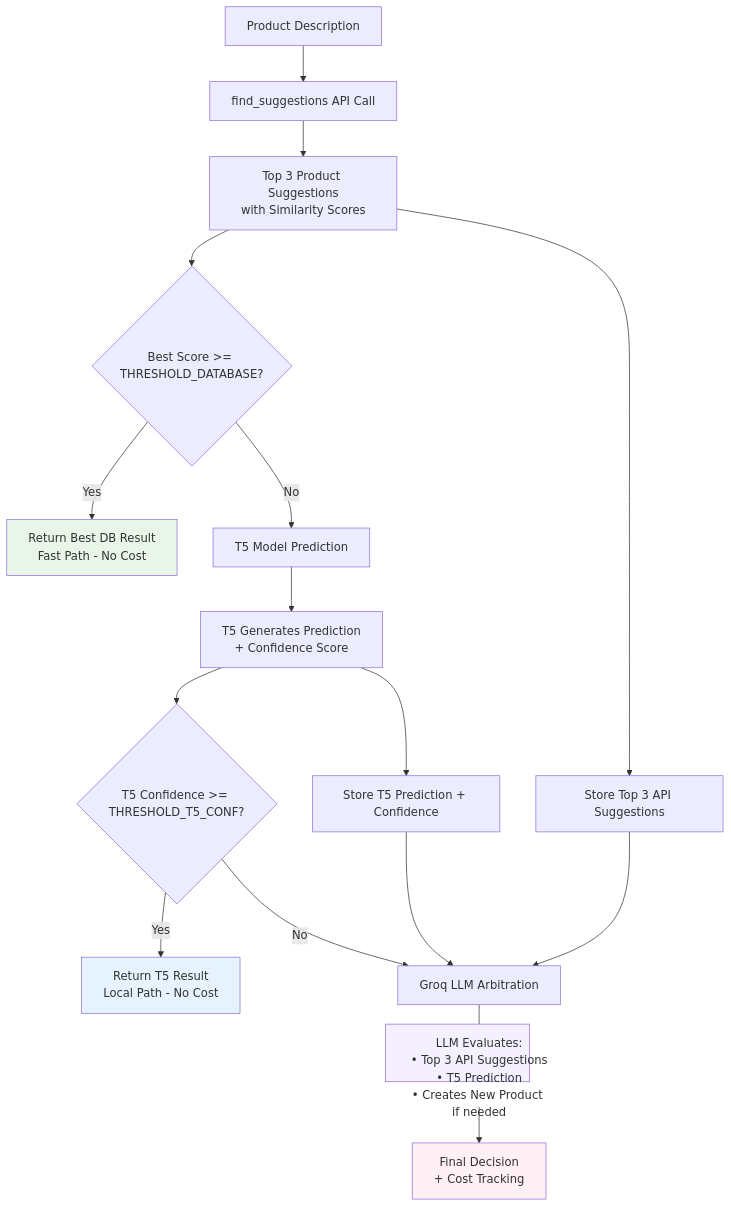
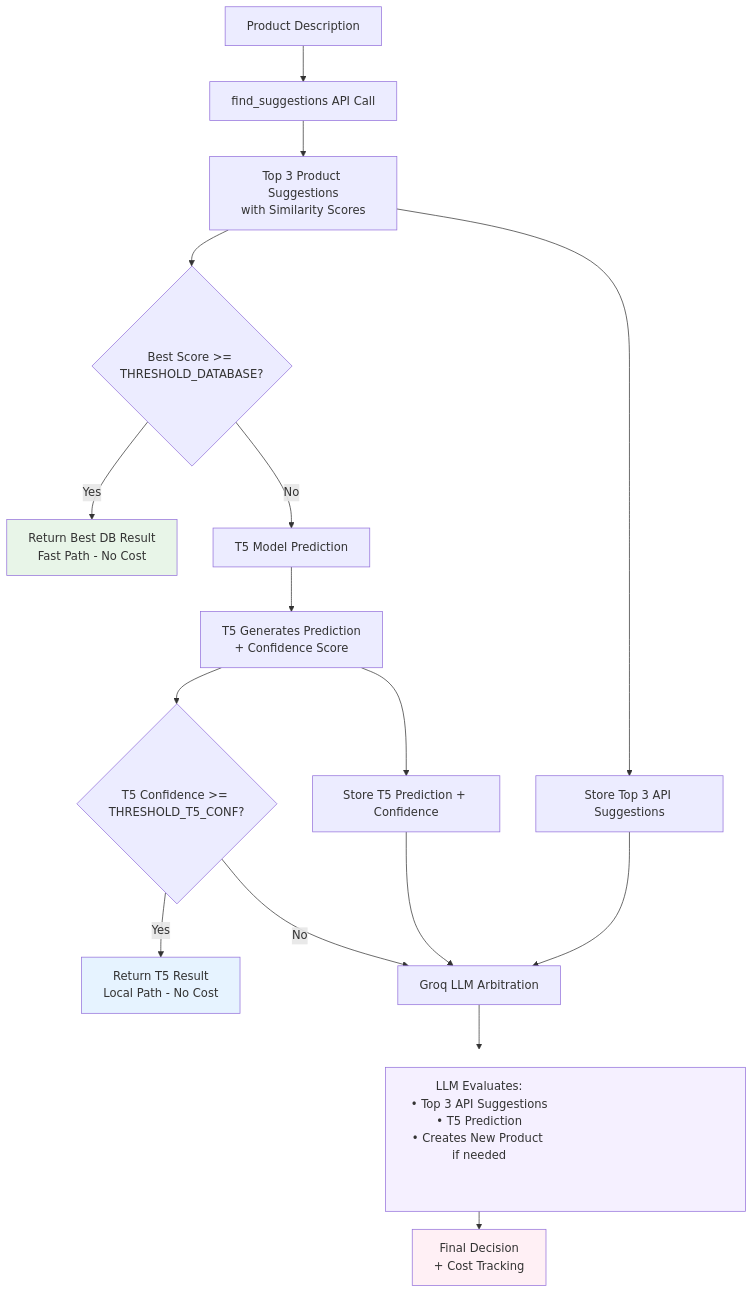
One commit to ismailsaid2001/product_matching_new_api changed the diagram in README.md. Above: the diagram before and after it, drawn with Mermaid.

Commit message:
updated Readme file

````diff
--- a/README.md
+++ b/README.md
@@ -18,25 +18,25 @@
 ```mermaid
 graph TD
     A[Product Description] --> B[find_suggestions API Call]
     B --> B1[Top 3 Product Suggestions<br/>with Similarity Scores]
     B1 --> C{Best Score >= THRESHOLD_DATABASE?}
     C -->|Yes| D[Return Best DB Result<br/>Fast Path - No Cost]
     C -->|No| E[T5 Model Prediction]
     E --> E1[T5 Generates Prediction<br/>+ Confidence Score]
     E1 --> F{T5 Confidence >= THRESHOLD_T5_CONF?}
     F -->|Yes| G[Return T5 Result<br/>Local Path - No Cost]
     F -->|No| H[Groq LLM Arbitration]
     
     B1 --> H1[Store Top 3 API Suggestions]
     E1 --> H2[Store T5 Prediction + Confidence]
     H1 --> H
     H2 --> H
     
     H --> H3[LLM Evaluates:<br/>• Top 3 API Suggestions<br/>• T5 Prediction<br/>• Creates New Product if needed]
     H3 --> I[Final Decision<br/>+ Cost Tracking]
     
     style D fill:#E8F5E8
     style G fill:#E6F3FF  
     style I fill:#FFF0F5
-    style H3 fill:#F5F0FF,width:200px,height:80px
+    style H3 fill:#F5F0FF,width:500px,height:200px
 ```
````
